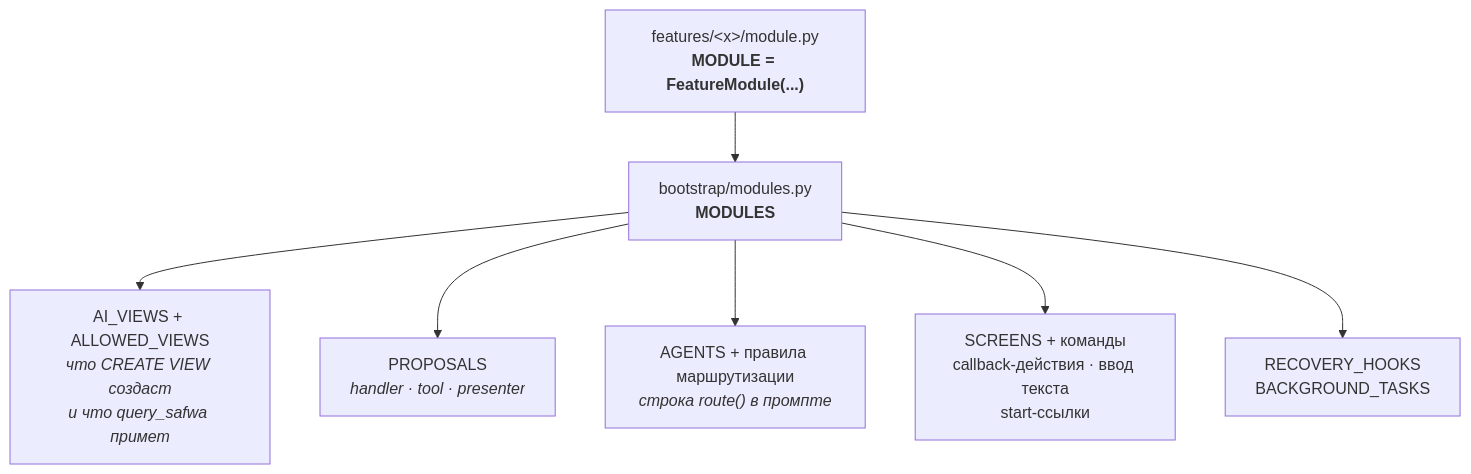
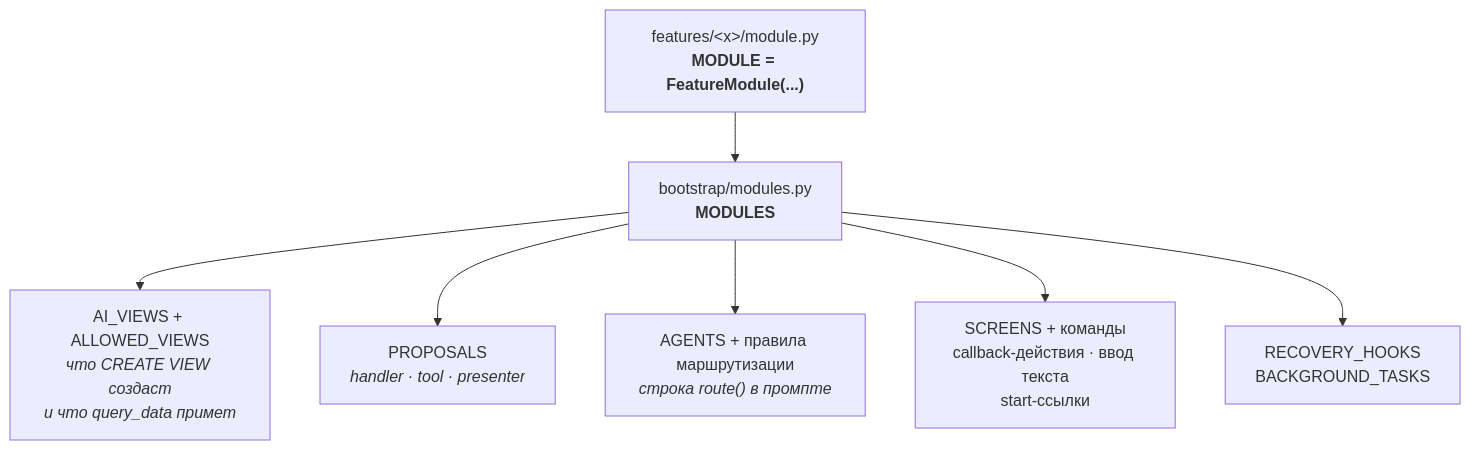
One commit to myvaheed/tg-ai-safwa changed the first of 2 diagrams in docs/diagrams/05-feature.md. Above: the diagram before and after it, drawn with Mermaid. The commit also changed 55 other files, not shown here.

````diff
--- a/docs/diagrams/05-feature.md
+++ b/docs/diagrams/05-feature.md
@@ -5,12 +5,12 @@
 ```mermaid
 flowchart TD
     MOD["features/&lt;x&gt;/module.py<br/><b>MODULE = FeatureModule(...)</b>"]
     REG["bootstrap/modules.py<br/><b>MODULES</b>"]
     MOD --> REG
 
-    REG --> V["AI_VIEWS + ALLOWED_VIEWS<br/><i>что CREATE VIEW создаст<br/>и что query_safwa примет</i>"]
+    REG --> V["AI_VIEWS + ALLOWED_VIEWS<br/><i>что CREATE VIEW создаст<br/>и что query_data примет</i>"]
     REG --> P["PROPOSALS<br/><i>handler · tool · presenter</i>"]
     REG --> A["AGENTS + правила маршрутизации<br/><i>строка route() в промпте</i>"]
     REG --> S["SCREENS + команды<br/>callback-действия · ввод текста<br/>start-ссылки"]
     REG --> L["RECOVERY_HOOKS<br/>BACKGROUND_TASKS"]
 ```
````
